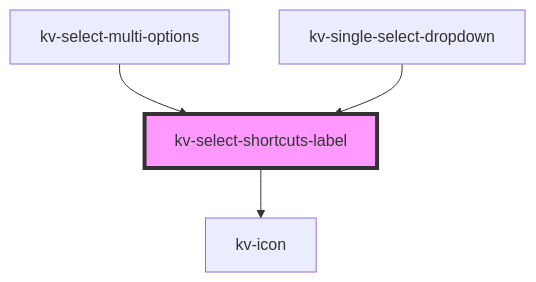
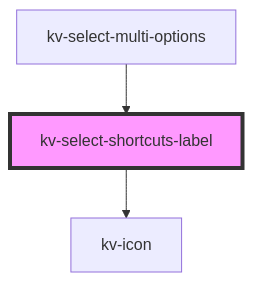
One commit to kelvininc/ui-components changed the diagram in packages/ui-components/src/components/select-shortcuts/readme.md. Above: the diagram before and after it, drawn with Mermaid. The commit also changed other lines of this file and 35 other files, not shown here.

First line of the commit message:
feat(dropdowns)!: reuse `kv-select-multi-options` component in `kv-single-select-dropdown` component

````diff
--- a/packages/ui-components/src/components/select-shortcuts/readme.md
+++ b/packages/ui-components/src/components/select-shortcuts/readme.md
@@ -18,7 +17,6 @@
 ```mermaid
 graph TD;
   kv-select-shortcuts-label --> kv-icon
   kv-select-multi-options --> kv-select-shortcuts-label
-  kv-single-select-dropdown --> kv-select-shortcuts-label
   style kv-select-shortcuts-label fill:#f9f,stroke:#333,stroke-width:4px
 ```
````
